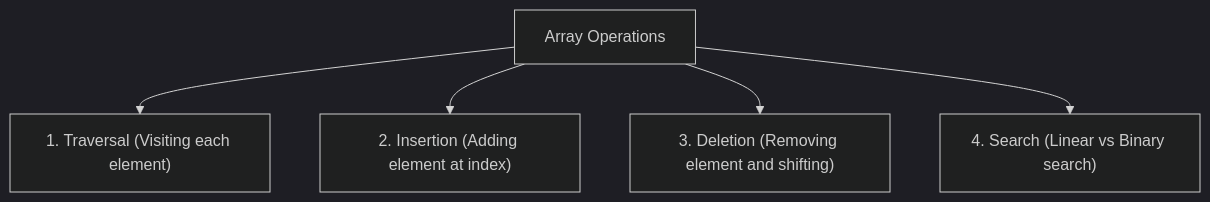
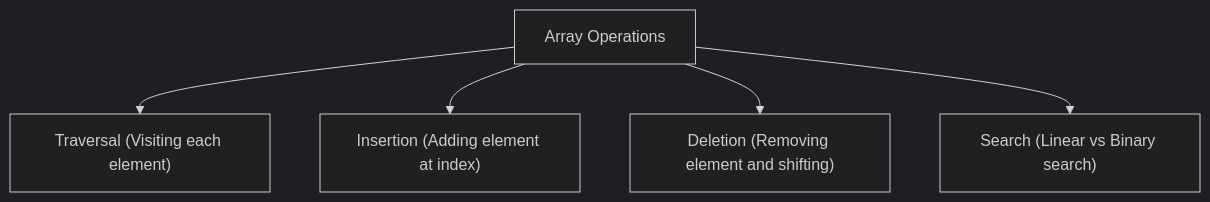
Before and after one commit to aidocmr/learn-bscs: the second of 4 diagrams in content/Year 1/Introduction to Computing/4. Arrays and Linear Data Structures.md, drawn with Mermaid (dark theme). The commit also changed 20 other files, not shown here.

First line of the commit message:
fix: Remove markdown lists and numbered prefixes from all Mermaid diagrams

````diff
--- a/content/Year 1/Introduction to Computing/4. Arrays and Linear Data Structures.md
+++ b/content/Year 1/Introduction to Computing/4. Arrays and Linear Data Structures.md
@@ -35,7 +35,7 @@
 ```mermaid
 graph TD
-    Ops["Array Operations"] --> Trav["1. Traversal (Visiting each element)"]
-    Ops --> Ins["2. Insertion (Adding element at index)"]
-    Ops --> Del["3. Deletion (Removing element and shifting)"]
-    Ops --> Search["4. Search (Linear vs Binary search)"]
+    Ops["Array Operations"] --> Trav["Traversal (Visiting each element)"]
+    Ops --> Ins["Insertion (Adding element at index)"]
+    Ops --> Del["Deletion (Removing element and shifting)"]
+    Ops --> Search["Search (Linear vs Binary search)"]
 ```
````
